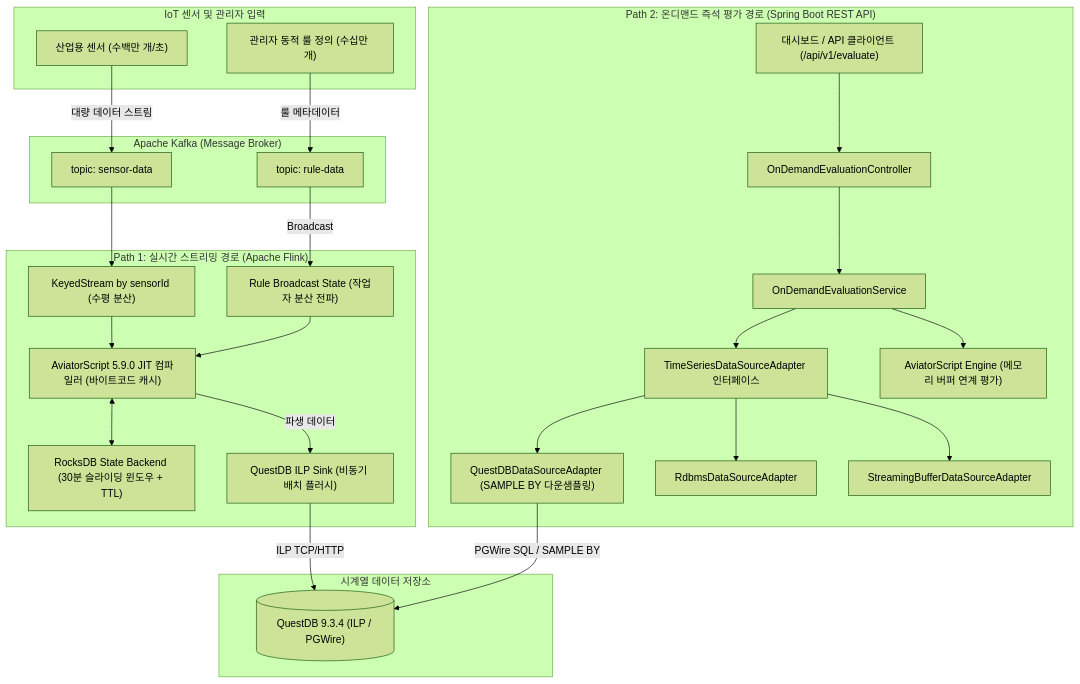
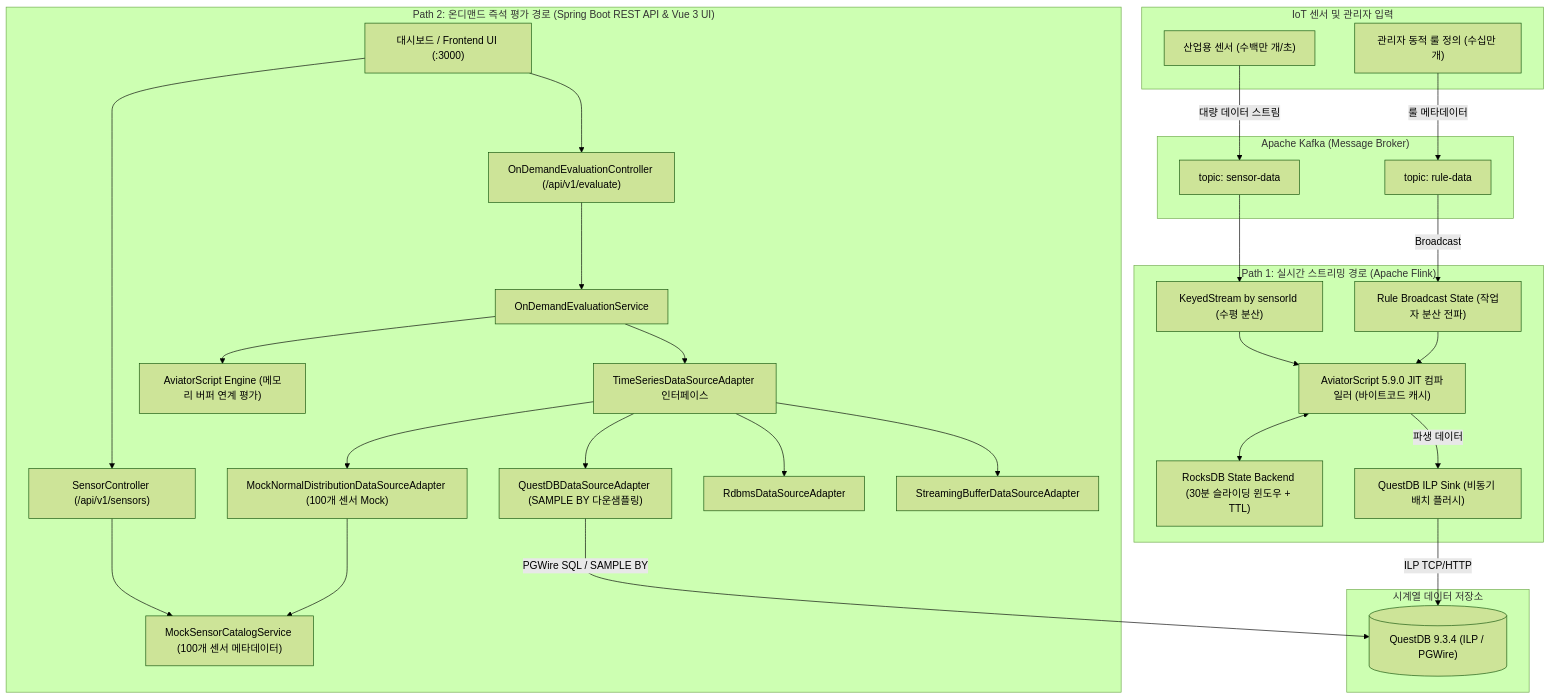
Before and after one commit to imoil/formula-evaluator-service: the first of 3 diagrams in README.md, drawn with Mermaid (forest theme). The commit also changed other lines of this file and 1 other file, not shown here.

Commit message:
docs: add frontend UI architectural guide and update README with sensor catalog REST APIs

````diff
--- a/README.md
+++ b/README.md
@@ -20,53 +22,58 @@
 ```mermaid
 flowchart TD
     subgraph DataSources["IoT 센서 및 관리자 입력"]
         SensorInput["산업용 센서 (수백만 개/초)"]
         RuleInput["관리자 동적 룰 정의 (수십만 개)"]
     end
 
     subgraph KafkaCluster["Apache Kafka (Message Broker)"]
         SensorTopic["topic: sensor-data"]
         RuleTopic["topic: rule-data"]
     end
 
     SensorInput -->|대량 데이터 스트림| SensorTopic
     RuleInput -->|룰 메타데이터| RuleTopic
 
     subgraph StreamingPath["Path 1: 실시간 스트리밍 경로 (Apache Flink)"]
         BroadcastState["Rule Broadcast State (작업자 분산 전파)"]
         KeyedStream["KeyedStream by sensorId (수평 분산)"]
         RocksDBState["RocksDB State Backend (30분 슬라이딩 윈도우 + TTL)"]
         AviatorJIT1["AviatorScript 5.9.0 JIT 컴파일러 (바이트코드 캐시)"]
         ILPSink["QuestDB ILP Sink (비동기 배치 플러시)"]
 
         RuleTopic -->|Broadcast| BroadcastState
         SensorTopic --> KeyedStream
         KeyedStream & BroadcastState --> AviatorJIT1
         AviatorJIT1 <--> RocksDBState
         AviatorJIT1 -->|파생 데이터| ILPSink
     end
 
     subgraph StorageLayer["시계열 데이터 저장소"]
         QuestDB[("QuestDB 9.3.4 (ILP / PGWire)")]
     end
 
     ILPSink -->|ILP TCP/HTTP| QuestDB
 
-    subgraph OnDemandPath["Path 2: 온디맨드 즉석 평가 경로 (Spring Boot REST API)"]
-        ClientReq["대시보드 / API 클라이언트 (/api/v1/evaluate)"]
-        Controller["OnDemandEvaluationController"]
+    subgraph OnDemandPath["Path 2: 온디맨드 즉석 평가 경로 (Spring Boot REST API & Vue 3 UI)"]
+        ClientReq["대시보드 / Frontend UI (:3000)"]
+        Controller1["OnDemandEvaluationController (/api/v1/evaluate)"]
+        Controller2["SensorController (/api/v1/sensors)"]
         Service["OnDemandEvaluationService"]
+        Catalog["MockSensorCatalogService (100개 센서 메타데이터)"]
         AdapterLayer["TimeSeriesDataSourceAdapter 인터페이스"]
         QuestDBAdapter["QuestDBDataSourceAdapter (SAMPLE BY 다운샘플링)"]
+        MockAdapter["MockNormalDistributionDataSourceAdapter (100개 센서 Mock)"]
         RDBMSAdapter["RdbmsDataSourceAdapter"]
         BufferAdapter["StreamingBufferDataSourceAdapter"]
         AviatorJIT2["AviatorScript Engine (메모리 버퍼 연계 평가)"]
 
-        ClientReq --> Controller
-        Controller --> Service
+        ClientReq --> Controller1 & Controller2
+        Controller2 --> Catalog
+        Controller1 --> Service
         Service --> AdapterLayer
-        AdapterLayer --> QuestDBAdapter & RDBMSAdapter & BufferAdapter
+        AdapterLayer --> QuestDBAdapter & MockAdapter & RDBMSAdapter & BufferAdapter
+        MockAdapter --> Catalog
         QuestDBAdapter -->|PGWire SQL / SAMPLE BY| QuestDB
         Service --> AviatorJIT2
     end
 ```
````
